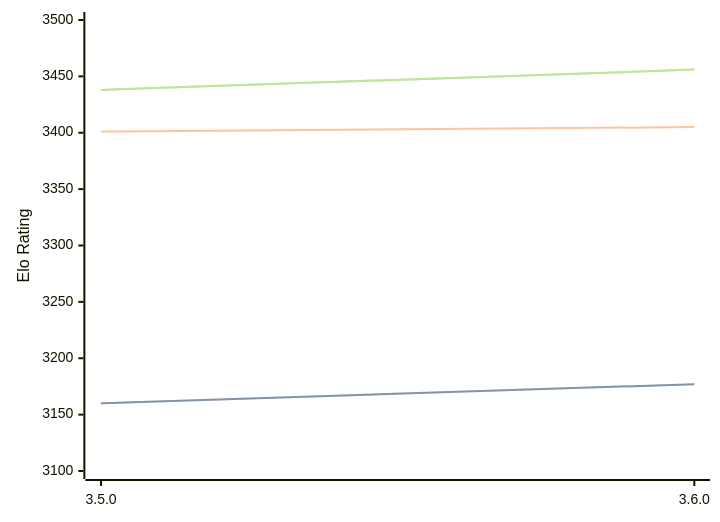
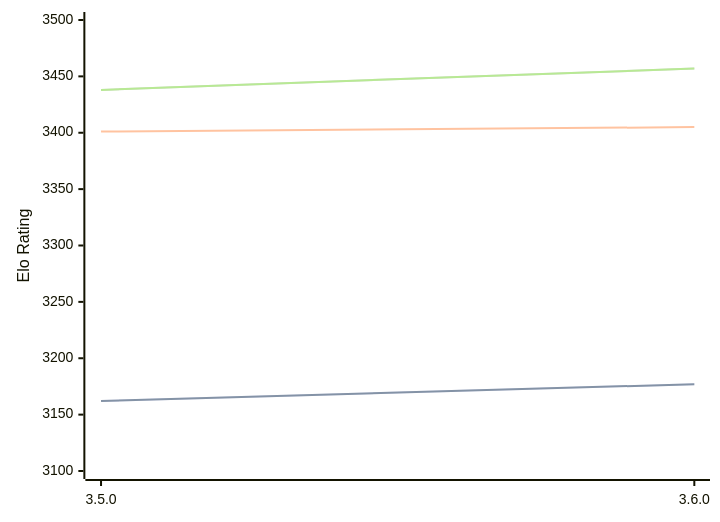
One commit to computer-chess-index/cci changed the diagram in engines/Igel.md. Above: the diagram before and after it, drawn with Mermaid. The commit also changed other lines of this file, not shown here.

Commit message:
Update CCI Ratings (ELO VLTC) - 2026-08-23

````diff
--- a/engines/Igel.md
+++ b/engines/Igel.md
@@ -32,11 +32,11 @@
 ```mermaid
 %%{init: {"theme":"base","themeVariables":{"seriesColors:['#a3a3a3','#222221','#faa371']}}}%%
 xychart-beta
   x-axis ["3.5.0", "3.6.0"]
   y-axis "Elo Rating" 3100 --> 3500
-  line "STC (8.0+0.08s)" [3160, 3177]
-  line "STC (8.0+0.08s)" [3160, 3177]
+  line "STC (8.0+0.08s)" [3162, 3177]
+  line "STC (8.0+0.08s)" [3162, 3177]
   line "LTC (60.0+0.60s)" [3401, 3405]
-  line "VLTC (2m24s+1.12s)" [3438, 3456]
-  line "VLTC (2m24s+1.12s)" [3438, 3456]
+  line "VLTC (2m24s+1.12s)" [3438, 3457]
+  line "VLTC (2m24s+1.12s)" [3438, 3457]
 ```
````
